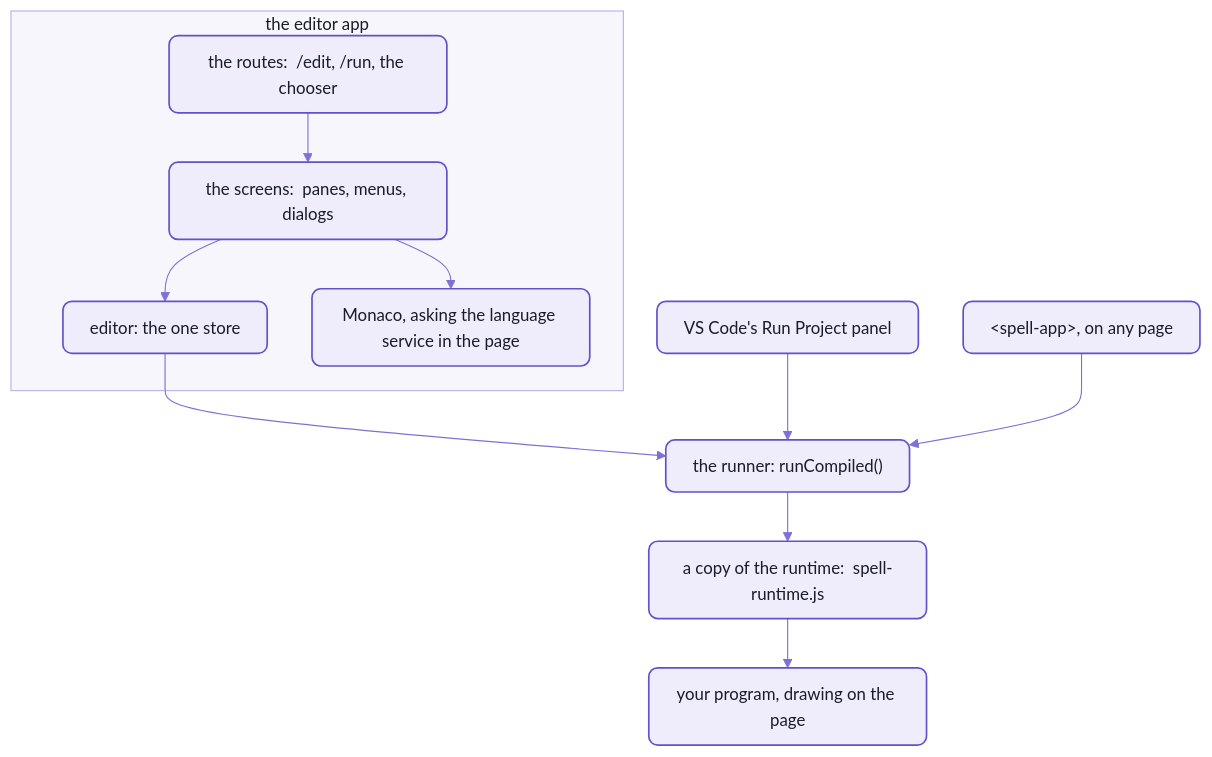
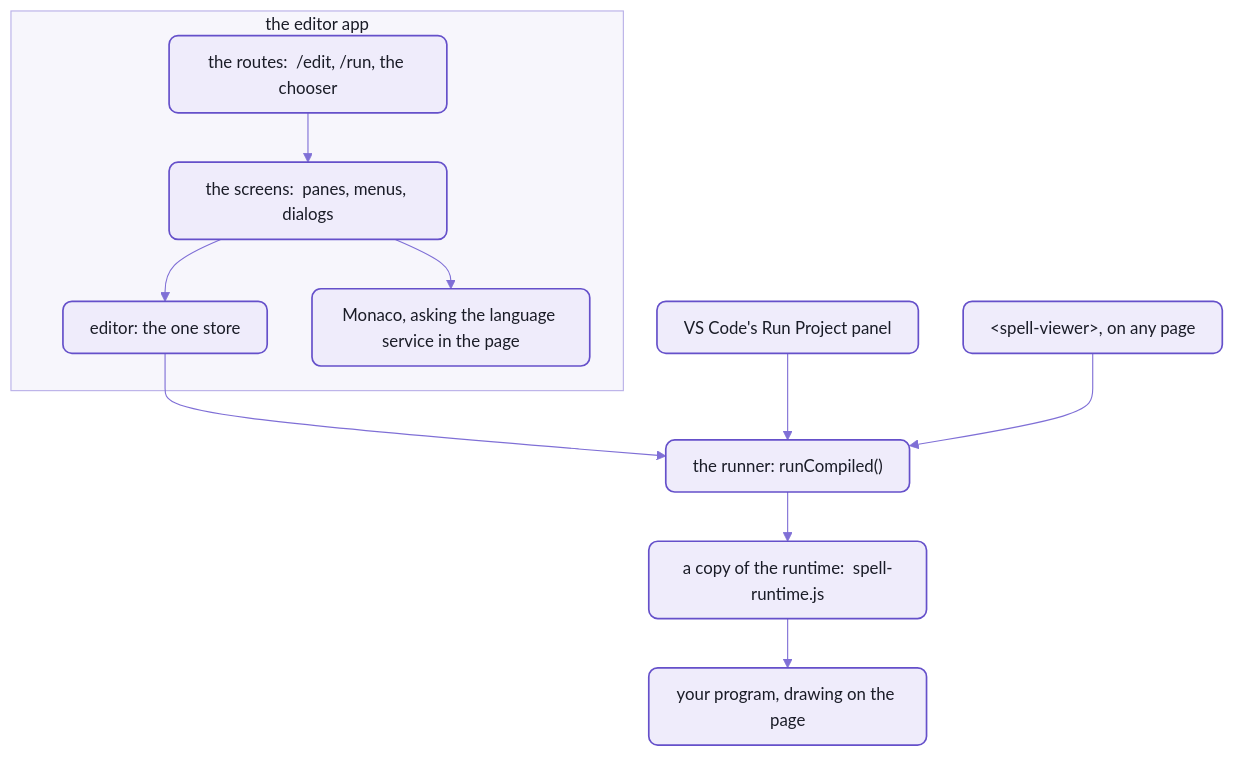
One commit to spell-app/spell changed the first of 2 diagrams in app/README-app.md. Above: the diagram before and after it, drawn with Mermaid. The commit also changed other lines of this file and 208 other files, not shown here.

Commit message:
elemental-spell P2, I1, I2:  Spell Viewer -- the runtime <spell-app> page element is now <spell-viewer>;  App is a View with its own <solitaire-app> element, which the viewer places;  compiled modules import only the built-in classes they use

````diff
--- a/app/README-app.md
+++ b/app/README-app.md
@@ -35,16 +35,16 @@
 ```mermaid
 %%{init: {"theme":"base","themeVariables":{"fontFamily":"-apple-system, BlinkMacSystemFont, Segoe UI, Helvetica, Arial, sans-serif","fontSize":"15px","primaryColor":"#EFECFB","primaryBorderColor":"#6550CA","primaryTextColor":"#1A1C27","secondaryColor":"#F4F1E9","tertiaryColor":"#F7F6FC","lineColor":"#7F6FD6","textColor":"#7F6FD6","clusterBkg":"#F7F6FC","clusterBorder":"#B9B0E8","titleColor":"#1A1C27","edgeLabelBackground":"#F7F6FC","actorBkg":"#EFECFB","actorBorder":"#6550CA","actorTextColor":"#1A1C27","actorLineColor":"#9C90DE","signalColor":"#7F6FD6","signalTextColor":"#7F6FD6","labelBoxBkgColor":"#EFECFB","labelBoxBorderColor":"#6550CA","labelTextColor":"#1A1C27","loopTextColor":"#7F6FD6","noteBkgColor":"#F1E7D4","noteBorderColor":"#C9B48A","noteTextColor":"#1A1C27","activationBkgColor":"#DCD6F7","activationBorderColor":"#6550CA","sequenceNumberColor":"#FFFFFF"},"flowchart":{"curve":"basis","padding":12,"nodeSpacing":40,"rankSpacing":44}}}%%
 flowchart TB
   subgraph web["the editor app"]
     routes["the routes:  /edit, /run, the chooser"] --> screens["the screens:  panes, menus, dialogs"]
     screens --> store["editor:  the one store"]
     screens --> monaco["Monaco, asking the language service in the page"]
   end
   store --> runner["the runner:  runCompiled()"]
   panel["VS Code's Run Project panel"] --> runner
-  element["&lt;spell-app&gt;, on any page"] --> runner
+  element["&lt;spell-viewer&gt;, on any page"] --> runner
   runner --> runtime["a copy of the runtime:  spell-runtime.js"]
   runtime --> program["your program, drawing on the page"]
   %% the Spell look:  yarn mermaid:pretty
   classDef default fill:#EFECFB,stroke:#6550CA,stroke-width:1.5px,color:#1A1C27,rx:8px,ry:8px
 ```
````
